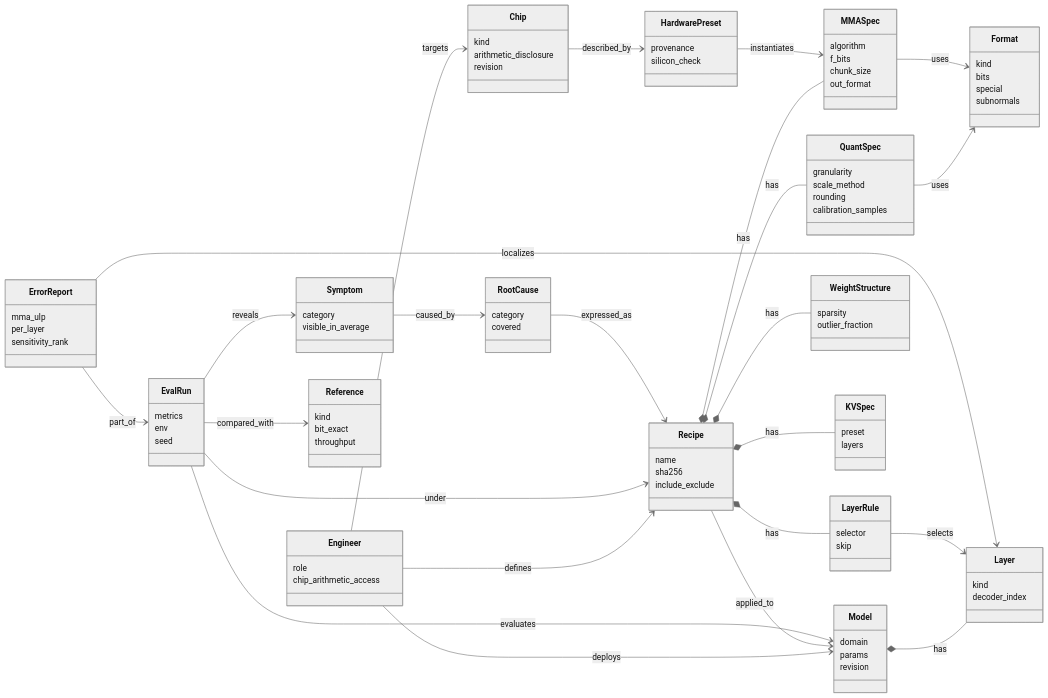
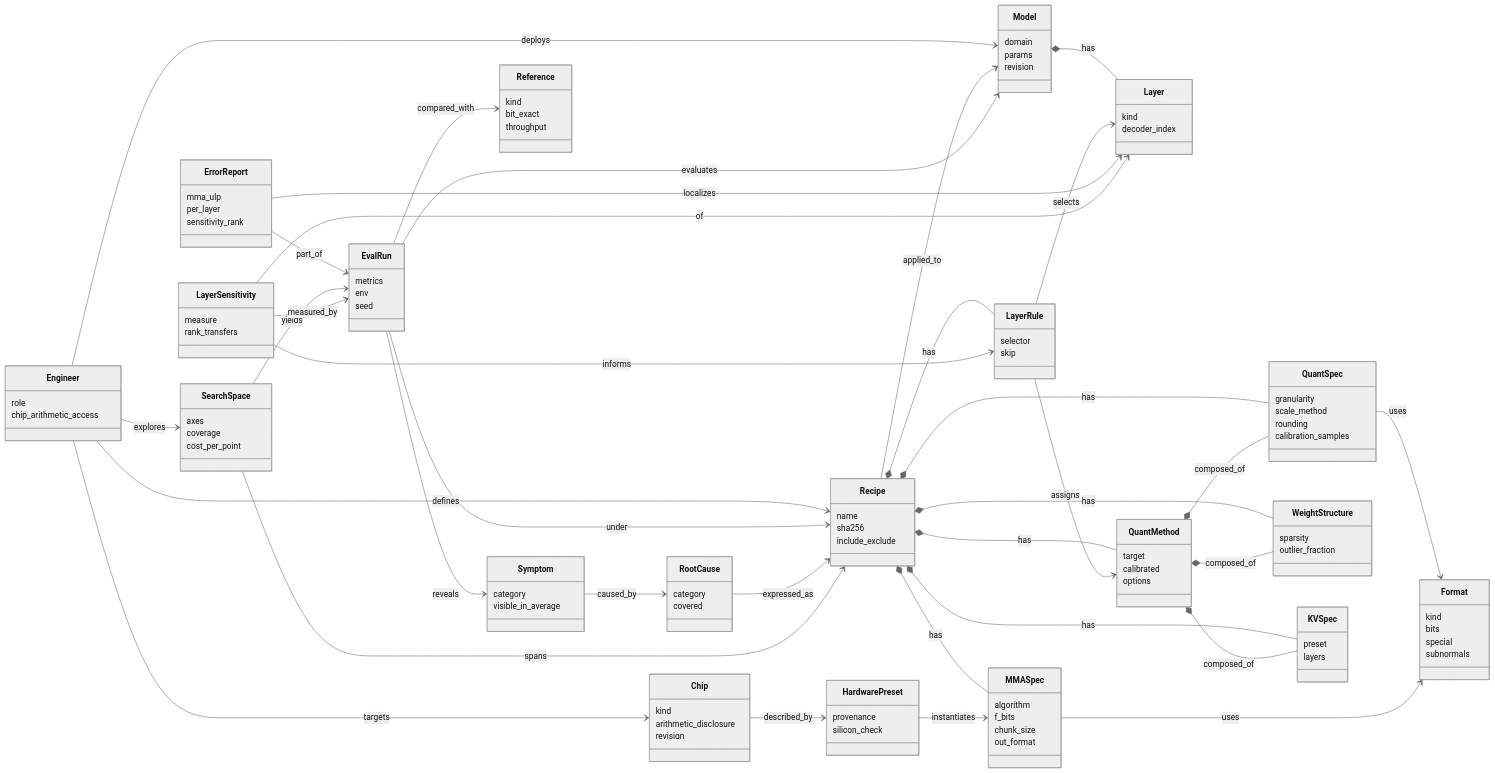
The second of 7 diagrams in docs/ontology.md (Youngmin17/TriCast), drawn with Mermaid (neutral theme) before and after one commit. The commit also changed other lines of this file and 7 other files, not shown here.

````diff
--- a/docs/ontology.md
+++ b/docs/ontology.md
@@ -150,6 +153,20 @@
       per_layer
       sensitivity_rank
     }
+    class QuantMethod {
+      target
+      calibrated
+      options
+    }
+    class SearchSpace {
+      axes
+      coverage
+      cost_per_point
+    }
+    class LayerSensitivity {
+      measure
+      rank_transfers
+    }
     Engineer --> Chip : targets
     Engineer --> Recipe : defines
     Engineer --> Model : deploys
@@ -173,4 +190,15 @@
     RootCause --> Recipe : expressed_as
     ErrorReport --> EvalRun : part_of
     ErrorReport --> Layer : localizes
+    Engineer --> SearchSpace : explores
+    Recipe *-- QuantMethod : has
+    LayerRule --> QuantMethod : assigns
+    QuantMethod *-- QuantSpec : composed_of
+    QuantMethod *-- WeightStructure : composed_of
+    QuantMethod *-- KVSpec : composed_of
+    SearchSpace --> Recipe : spans
+    SearchSpace --> EvalRun : yields
+    LayerSensitivity --> Layer : of
+    LayerSensitivity --> EvalRun : measured_by
+    LayerSensitivity --> LayerRule : informs
 ```
````
